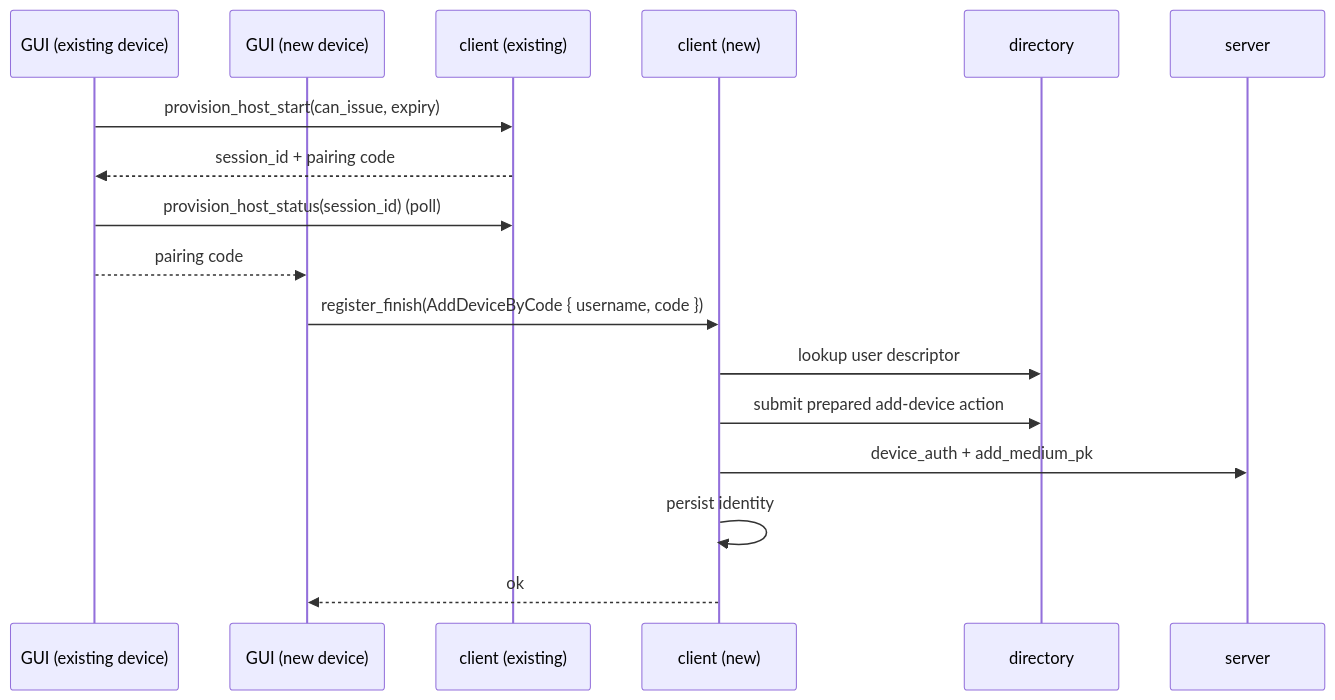
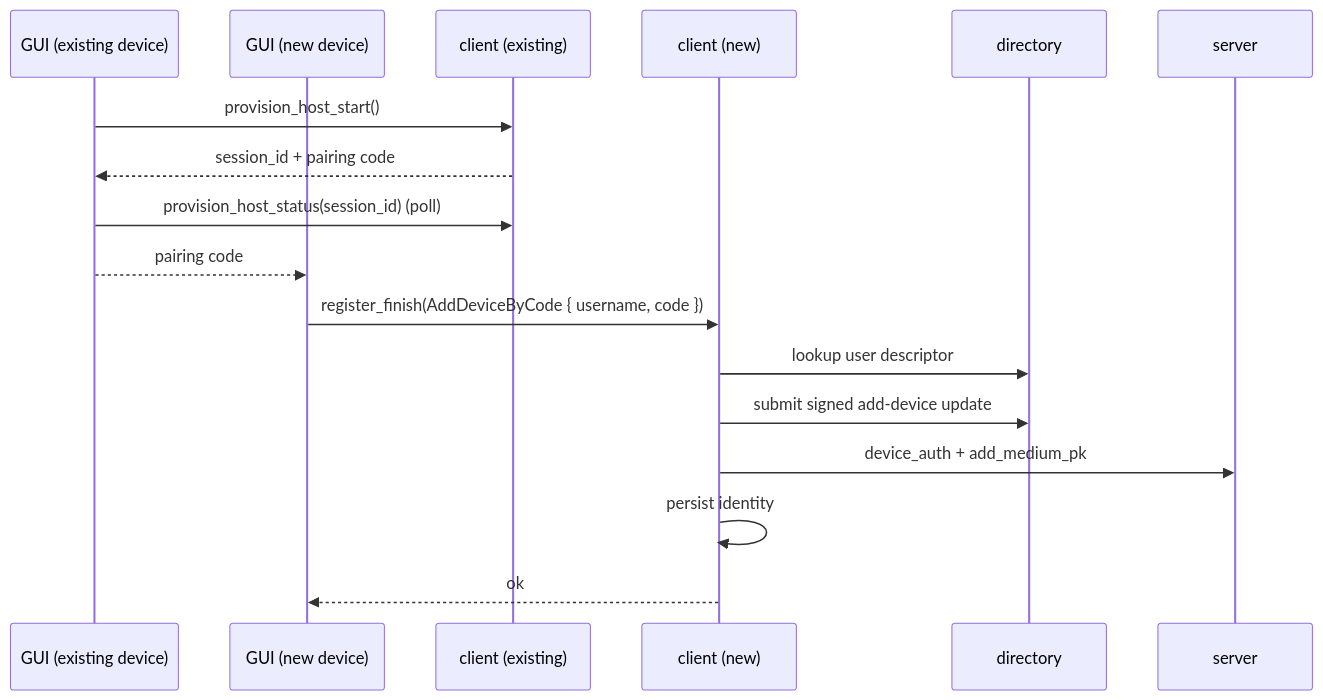
One commit to mel-project/nullspace changed the second of 3 diagrams in libraries/nullspace-client/README.md. Above: the diagram before and after it, drawn with Mermaid. The commit also changed other lines of this file and 36 other files, not shown here.

````diff
--- a/libraries/nullspace-client/README.md
+++ b/libraries/nullspace-client/README.md
@@ -90,20 +90,20 @@
 ```mermaid
 sequenceDiagram
   participant GUI1 as GUI (existing device)
   participant GUI2 as GUI (new device)
   participant Client1 as client (existing)
   participant Client2 as client (new)
   participant Dir as directory
   participant GW as server
 
-  GUI1->>Client1: provision_host_start(can_issue, expiry)
+  GUI1->>Client1: provision_host_start()
   Client1-->>GUI1: session_id + pairing code
   GUI1->>Client1: provision_host_status(session_id) (poll)
   GUI1-->>GUI2: pairing code
   GUI2->>Client2: register_finish(AddDeviceByCode { username, code })
   Client2->>Dir: lookup user descriptor
-  Client2->>Dir: submit prepared add-device action
+  Client2->>Dir: submit signed add-device update
   Client2->>GW: device_auth + add_medium_pk
   Client2->>Client2: persist identity
   Client2-->>GUI2: ok
 ```
````
